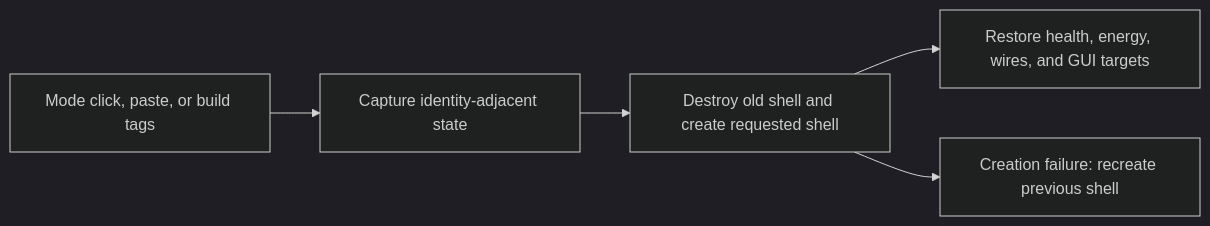
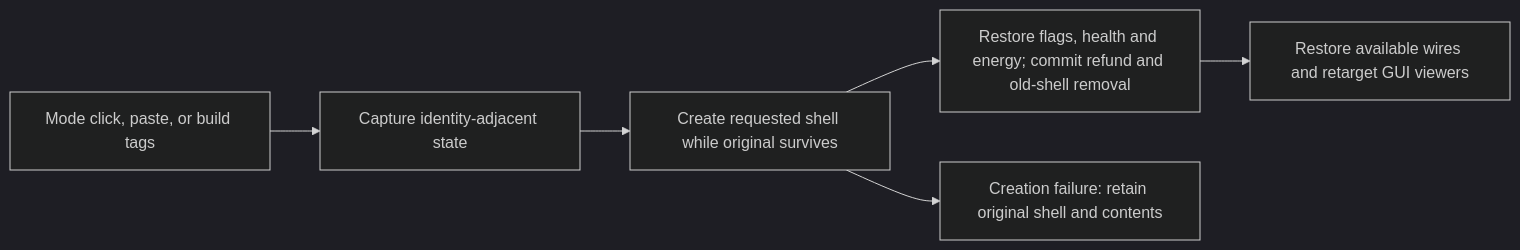
The diagram in .codex/esir/blueprints/combustion-turbine.md (aRighteousGod/exotic-space-industries-remembrance), drawn with Mermaid (dark theme) before and after one commit. The commit also changed other lines of this file and 494 other files, not shown here.

````diff
--- a/.codex/esir/blueprints/combustion-turbine.md
+++ b/.codex/esir/blueprints/combustion-turbine.md
@@ -12,7 +12,8 @@
 ```mermaid
 flowchart LR
   A["Mode click, paste, or build tags"] --> B["Capture identity-adjacent state"]
-  B --> C["Destroy old shell and create requested shell"]
-  C --> D["Restore health, energy, wires, and GUI targets"]
-  C --> E["Creation failure: recreate previous shell"]
+  B --> C["Create requested shell while original survives"]
+  C --> D["Restore flags, health and energy; commit refund and old-shell removal"]
+  D --> F["Restore available wires and retarget GUI viewers"]
+  C --> E["Creation failure: retain original shell and contents"]
 ```
````
